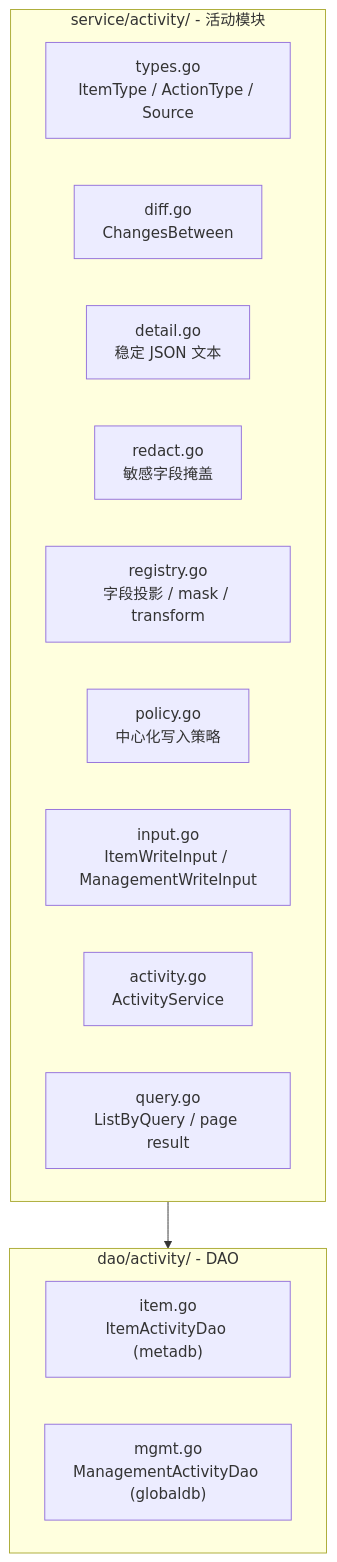
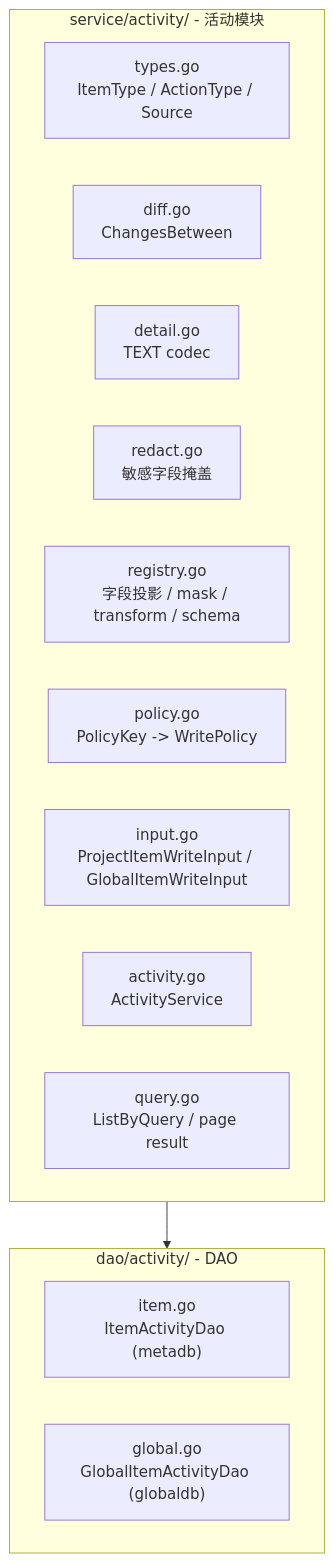
One commit to qinwenshiCH/workflow changed the diagram in specs/20260626-Wave-Feat-AddAuditLog/architecture.md. Above: the diagram before and after it, drawn with Mermaid. The commit also changed other lines of this file and 8 other files, not shown here.

````diff
--- a/specs/20260626-Wave-Feat-AddAuditLog/architecture.md
+++ b/specs/20260626-Wave-Feat-AddAuditLog/architecture.md
@@ -40,19 +41,19 @@
 ```mermaid
 flowchart TD
     subgraph svc["service/activity/ - 活动模块"]
         types_go["types.go<br/>ItemType / ActionType / Source"]
         diff_go["diff.go<br/>ChangesBetween"]
-        detail_go["detail.go<br/>稳定 JSON 文本"]
+        detail_go["detail.go<br/>TEXT codec"]
         redact_go["redact.go<br/>敏感字段掩盖"]
-        registry_go["registry.go<br/>字段投影 / mask / transform"]
-        policy_go["policy.go<br/>中心化写入策略"]
-        input_go["input.go<br/>ItemWriteInput / ManagementWriteInput"]
+        registry_go["registry.go<br/>字段投影 / mask / transform / schema"]
+        policy_go["policy.go<br/>PolicyKey -> WritePolicy"]
+        input_go["input.go<br/>ProjectItemWriteInput / GlobalItemWriteInput"]
         svc_go["activity.go<br/>ActivityService"]
         query_go["query.go<br/>ListByQuery / page result"]
     end
     subgraph dao["dao/activity/ - DAO"]
         item_dao["item.go<br/>ItemActivityDao (metadb)"]
-        mgmt_dao["mgmt.go<br/>ManagementActivityDao (globaldb)"]
+        global_dao["global.go<br/>GlobalItemActivityDao (globaldb)"]
     end
     svc --> dao
 ```
````
